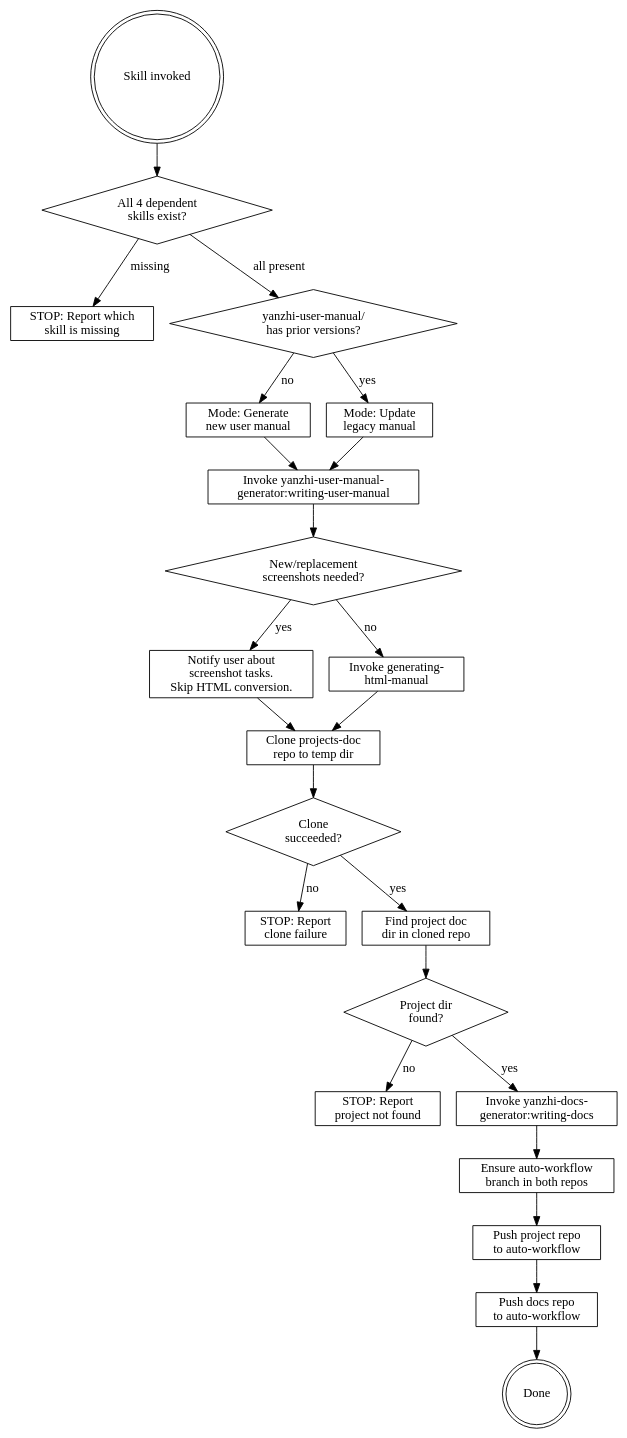
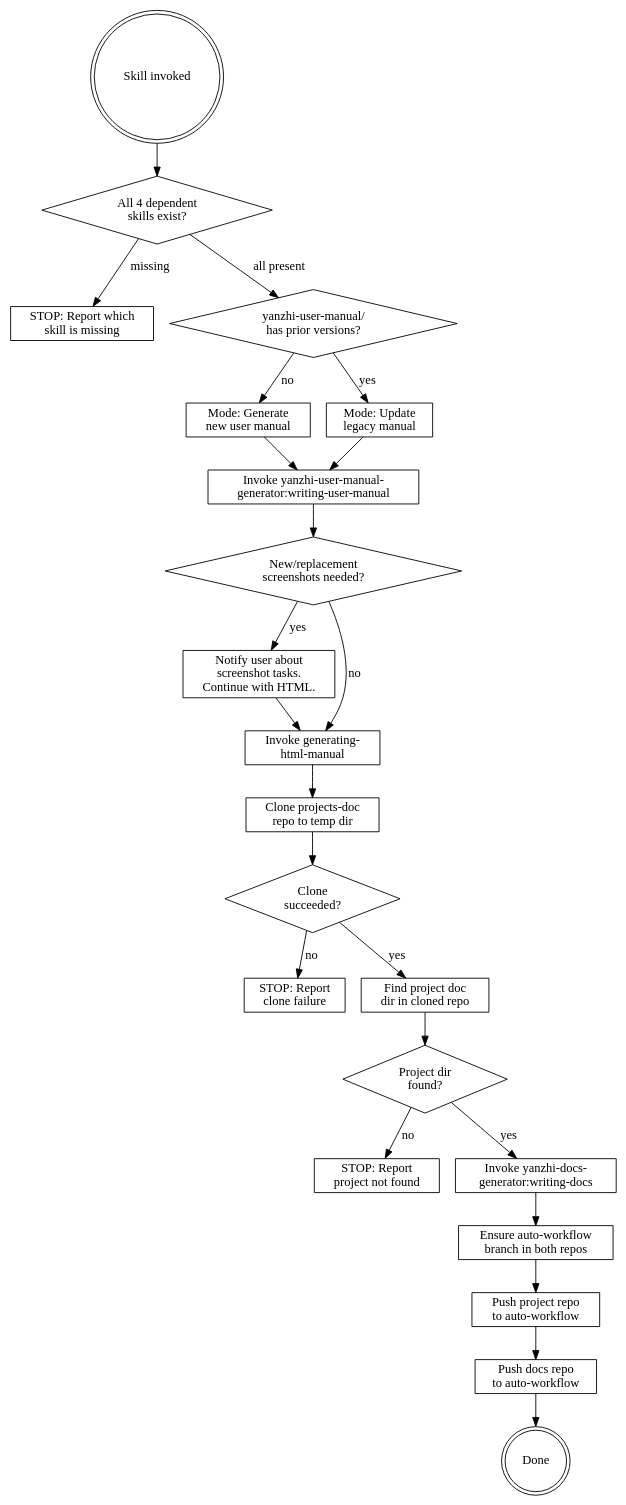
The diagram in skills/manual-and-docs-git-sync/SKILL.md (zhang-songhan/yanzhi-sdd-workflow), drawn with Graphviz before and after one commit. The commit also changed other lines of this file and 2 other files, not shown here.

````diff
--- a/skills/manual-and-docs-git-sync/SKILL.md
+++ b/skills/manual-and-docs-git-sync/SKILL.md
@@ -12,50 +12,50 @@
 ```dot
 digraph sync_flow {
     rankdir=TB;
 
     start [label="Skill invoked", shape=doublecircle];
     check_deps [label="All 4 dependent\nskills exist?", shape=diamond];
     stop_deps [label="STOP: Report which\nskill is missing", shape=box];
     check_manual_dir [label="yanzhi-user-manual/\nhas prior versions?", shape=diamond];
     mode_generate [label="Mode: Generate\nnew user manual", shape=box];
     mode_update [label="Mode: Update\nlegacy manual", shape=box];
     invoke_writing [label="Invoke yanzhi-user-manual-\ngenerator:writing-user-manual", shape=box];
     new_screenshots [label="New/replacement\nscreenshots needed?", shape=diamond];
-    notify_screenshots [label="Notify user about\nscreenshot tasks.\nSkip HTML conversion.", shape=box];
+    notify_screenshots [label="Notify user about\nscreenshot tasks.\nContinue with HTML.", shape=box];
     invoke_html [label="Invoke generating-\nhtml-manual", shape=box];
     clone_docs [label="Clone projects-doc\nrepo to temp dir", shape=box];
     clone_ok [label="Clone\nsucceeded?", shape=diamond];
     stop_clone [label="STOP: Report\nclone failure", shape=box];
     find_project [label="Find project doc\ndir in cloned repo", shape=box];
     project_found [label="Project dir\nfound?", shape=diamond];
     stop_noproject [label="STOP: Report\nproject not found", shape=box];
     invoke_docs [label="Invoke yanzhi-docs-\ngenerator:writing-docs", shape=box];
     switch_branch [label="Ensure auto-workflow\nbranch in both repos", shape=box];
     push_project [label="Push project repo\nto auto-workflow", shape=box];
     push_docs [label="Push docs repo\nto auto-workflow", shape=box];
     done [label="Done", shape=doublecircle];
 
     start -> check_deps;
     check_deps -> stop_deps [label="missing"];
     check_deps -> check_manual_dir [label="all present"];
     check_manual_dir -> mode_generate [label="no"];
     check_manual_dir -> mode_update [label="yes"];
     mode_generate -> invoke_writing;
     mode_update -> invoke_writing;
     invoke_writing -> new_screenshots;
     new_screenshots -> notify_screenshots [label="yes"];
     new_screenshots -> invoke_html [label="no"];
-    notify_screenshots -> clone_docs;
+    notify_screenshots -> invoke_html;
     invoke_html -> clone_docs;
     clone_docs -> clone_ok;
     clone_ok -> stop_clone [label="no"];
     clone_ok -> find_project [label="yes"];
     find_project -> project_found;
     project_found -> stop_noproject [label="no"];
     project_found -> invoke_docs [label="yes"];
     invoke_docs -> switch_branch;
     switch_branch -> push_project;
     push_project -> push_docs;
     push_docs -> done;
 }
 ```
````
